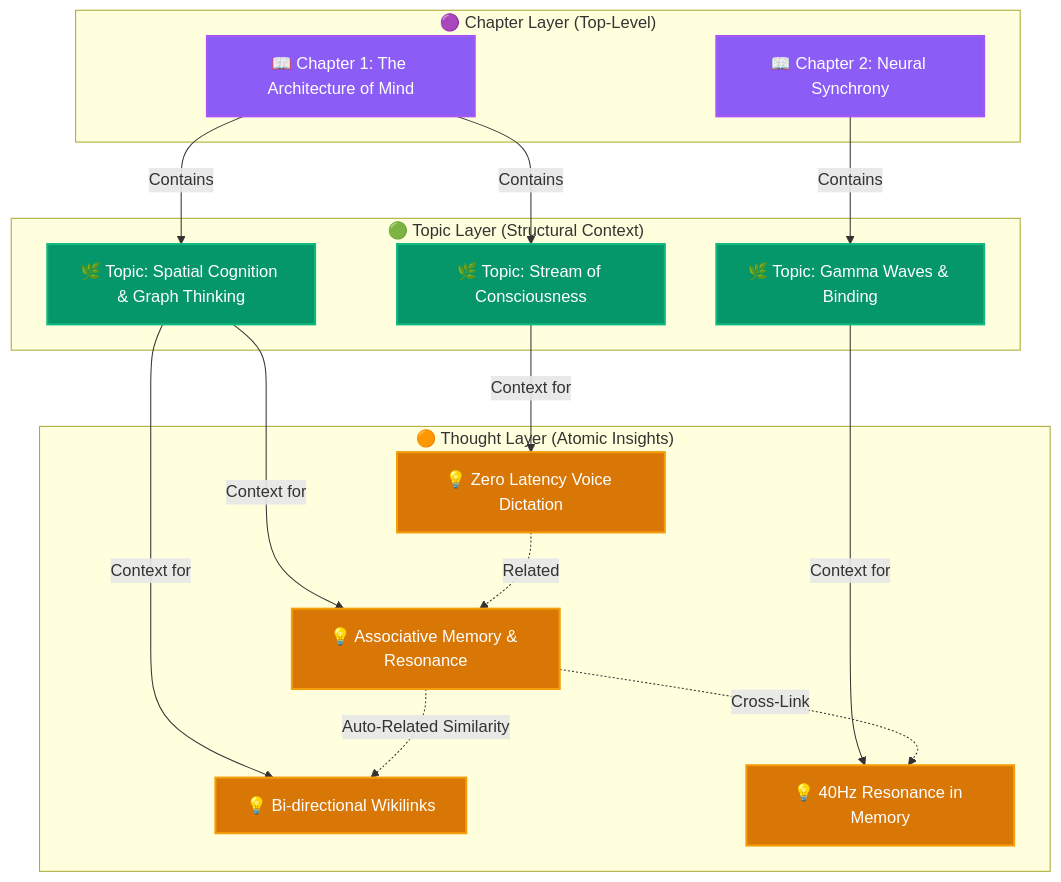
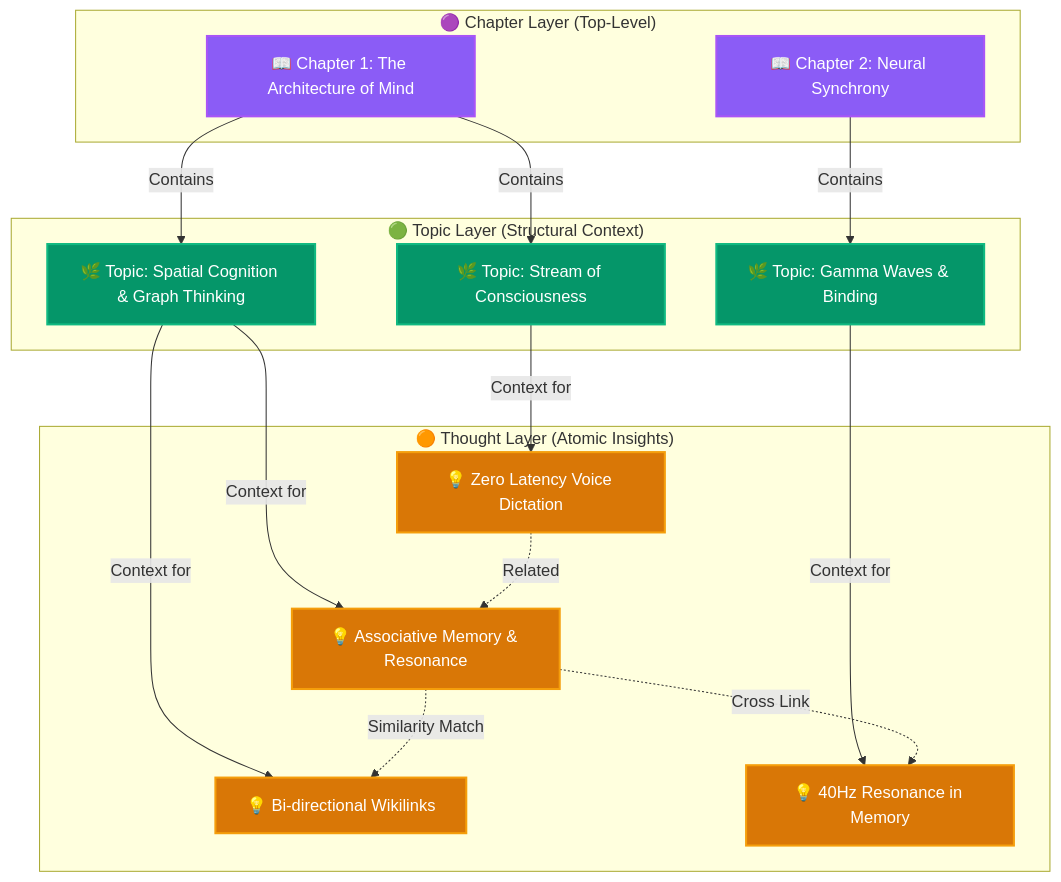
Before and after one commit to gWareCoder/memoir: the second of 2 diagrams in README.md, drawn with Mermaid. The commit also changed other lines of this file, not shown here.

Commit message:
fix(docs): quote node and edge labels in Mermaid diagrams for GitHub renderer

````diff
--- a/README.md
+++ b/README.md
@@ -50,41 +50,41 @@
 ```mermaid
 graph TD
     subgraph Chapters ["🟣 Chapter Layer (Top-Level)"]
         C1["📖 Chapter 1: The Architecture of Mind"]
         C2["📖 Chapter 2: Neural Synchrony"]
     end
 
     subgraph Topics ["🟢 Topic Layer (Structural Context)"]
         T1["🌿 Topic: Spatial Cognition & Graph Thinking"]
         T2["🌿 Topic: Stream of Consciousness"]
         T3["🌿 Topic: Gamma Waves & Binding"]
     end
 
     subgraph Thoughts ["🟠 Thought Layer (Atomic Insights)"]
         TH1["💡 Associative Memory & Resonance"]
         TH2["💡 Bi-directional Wikilinks"]
         TH3["💡 Zero Latency Voice Dictation"]
         TH4["💡 40Hz Resonance in Memory"]
     end
 
-    C1 -->|Contains| T1
-    C1 -->|Contains| T2
-    C2 -->|Contains| T3
+    C1 -->|"Contains"| T1
+    C1 -->|"Contains"| T2
+    C2 -->|"Contains"| T3
 
-    T1 -->|Context for| TH1
-    T1 -->|Context for| TH2
-    T2 -->|Context for| TH3
-    T3 -->|Context for| TH4
+    T1 -->|"Context for"| TH1
+    T1 -->|"Context for"| TH2
+    T2 -->|"Context for"| TH3
+    T3 -->|"Context for"| TH4
 
-    TH1 -.->|Auto-Related Similarity| TH2
-    TH1 -.->|Cross-Link| TH4
-    TH3 -.->|Related| TH1
+    TH1 -.->|"Similarity Match"| TH2
+    TH1 -.->|"Cross Link"| TH4
+    TH3 -.->|"Related"| TH1
 
     classDef chapterStyle fill:#8b5cf6,stroke:#a855f7,stroke-width:2px,color:#fff;
     classDef topicStyle fill:#059669,stroke:#10b981,stroke-width:2px,color:#fff;
     classDef thoughtStyle fill:#d97706,stroke:#f59e0b,stroke-width:2px,color:#fff;
 
     class C1,C2 chapterStyle;
     class T1,T2,T3 topicStyle;
     class TH1,TH2,TH3,TH4 thoughtStyle;
 ```
````
